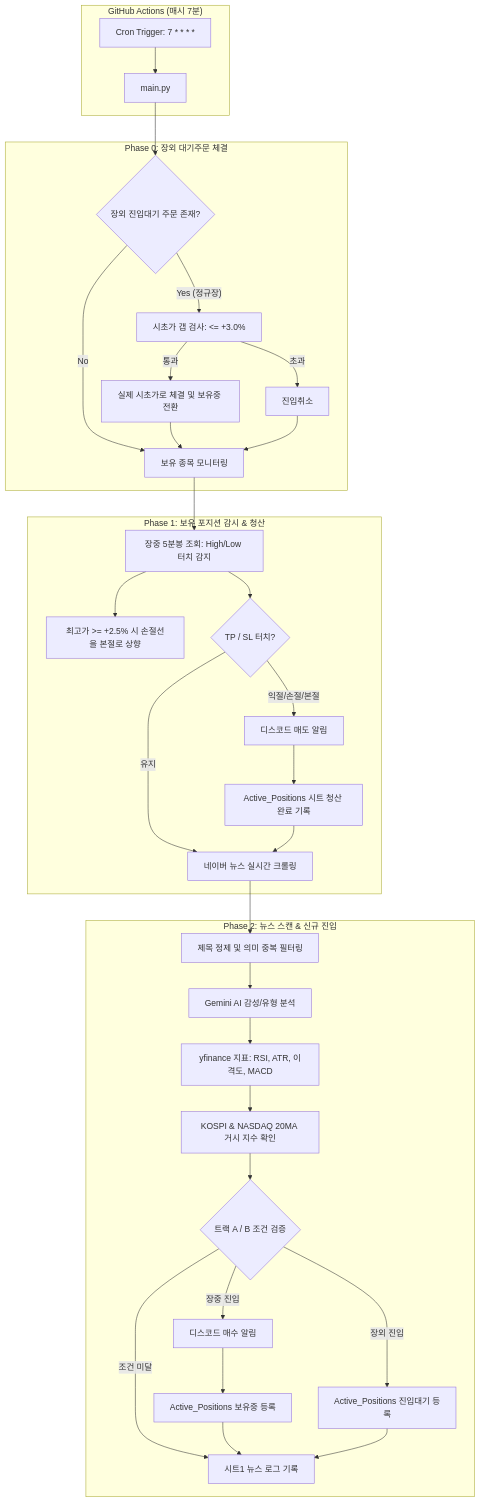
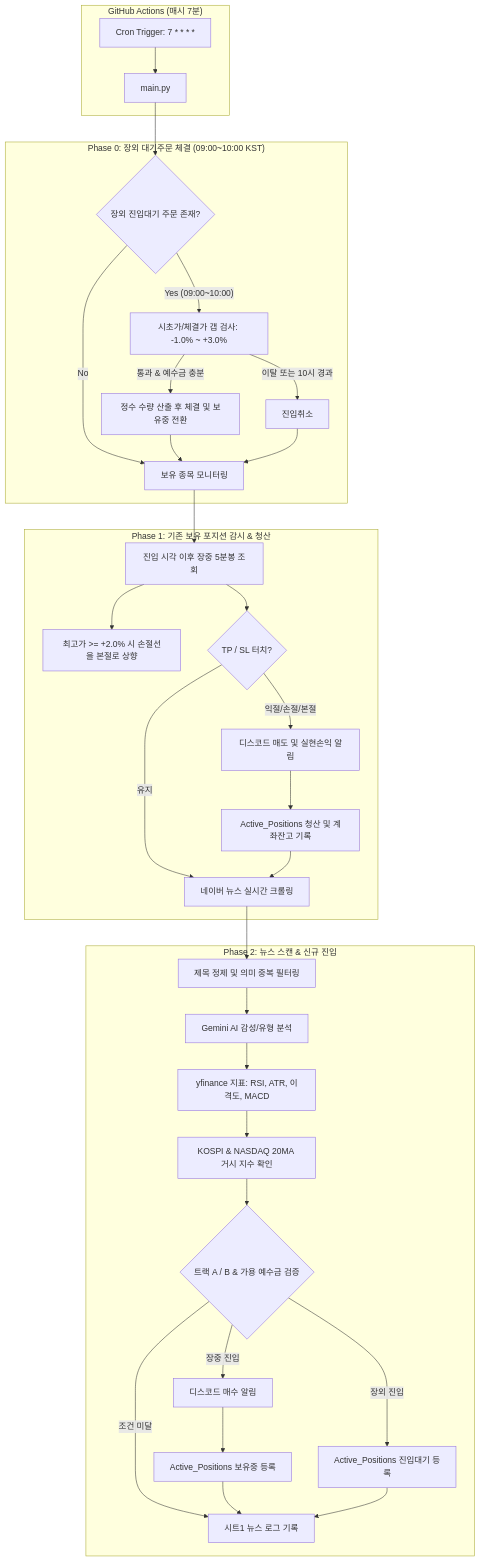
The diagram in README.md (seochongwoo/traiding_bot), drawn with Mermaid before and after one commit. The commit also changed other lines of this file and 6 other files, not shown here.

````diff
--- a/README.md
+++ b/README.md
@@ -34,39 +37,39 @@
 ```mermaid
 flowchart TD
     subgraph GitHub Actions ["GitHub Actions (매시 7분)"]
         Cron[Cron Trigger: 7 * * * *] --> Main[main.py]
     end
 
-    subgraph Phase 0 ["Phase 0: 장외 대기주문 체결"]
+    subgraph Phase 0 ["Phase 0: 장외 대기주문 체결 (09:00~10:00 KST)"]
         Main --> P0{장외 진입대기 주문 존재?}
-        P0 -- Yes (정규장) --> GapCheck[시초가 갭 검사: <= +3.0%]
-        GapCheck -- 통과 --> Fill[실제 시초가로 체결 및 보유중 전환]
-        GapCheck -- 초과 --> Cancel[진입취소]
+        P0 -- Yes (09:00~10:00) --> GapCheck[시초가/체결가 갭 검사: -1.0% ~ +3.0%]
+        GapCheck -- 통과 & 예수금 충분 --> Fill[정수 수량 산출 후 체결 및 보유중 전환]
+        GapCheck -- 이탈 또는 10시 경과 --> Cancel[진입취소]
         P0 -- No --> P1
         Fill --> P1
         Cancel --> P1
     end
 
-    subgraph Phase 1 ["Phase 1: 보유 포지션 감시 & 청산"]
-        P1[보유 종목 모니터링] --> Bars[장중 5분봉 조회: High/Low 터치 감지]
-        Bars --> Breakeven[최고가 >= +2.5% 시 손절선을 본절로 상향]
+    subgraph Phase 1 ["Phase 1: 기존 보유 포지션 감시 & 청산"]
+        P1[보유 종목 모니터링] --> Bars[진입 시각 이후 장중 5분봉 조회]
+        Bars --> Breakeven[최고가 >= +2.0% 시 손절선을 본절로 상향]
         Bars --> ExitCheck{TP / SL 터치?}
-        ExitCheck -- 익절/손절/본절 --> DiscordSell[디스코드 매도 알림]
-        DiscordSell --> SheetSell[Active_Positions 시트 청산 완료 기록]
+        ExitCheck -- 익절/손절/본절 --> DiscordSell[디스코드 매도 및 실현손익 알림]
+        DiscordSell --> SheetSell[Active_Positions 청산 및 계좌잔고 기록]
         ExitCheck -- 유지 --> P2
         SheetSell --> P2
     end
 
     subgraph Phase 2 ["Phase 2: 뉴스 스캔 & 신규 진입"]
         P2[네이버 뉴스 실시간 크롤링] --> Clean[제목 정제 및 의미 중복 필터링]
         Clean --> Gemini[Gemini AI 감성/유형 분석]
         Gemini --> Tech[yfinance 지표: RSI, ATR, 이격도, MACD]
         Tech --> Macro[KOSPI & NASDAQ 20MA 거시 지수 확인]
-        Macro --> Strategy{트랙 A / B 조건 검증}
+        Macro --> Strategy{트랙 A / B & 가용 예수금 검증}
         Strategy -- 장중 진입 --> DiscordBuy[디스코드 매수 알림] --> SheetBuy[Active_Positions 보유중 등록]
         Strategy -- 장외 진입 --> SheetPending[Active_Positions 진입대기 등록]
         Strategy -- 조건 미달 --> NewsLog[시트1 뉴스 로그 기록]
         SheetBuy --> NewsLog
         SheetPending --> NewsLog
     end
 ```
````
